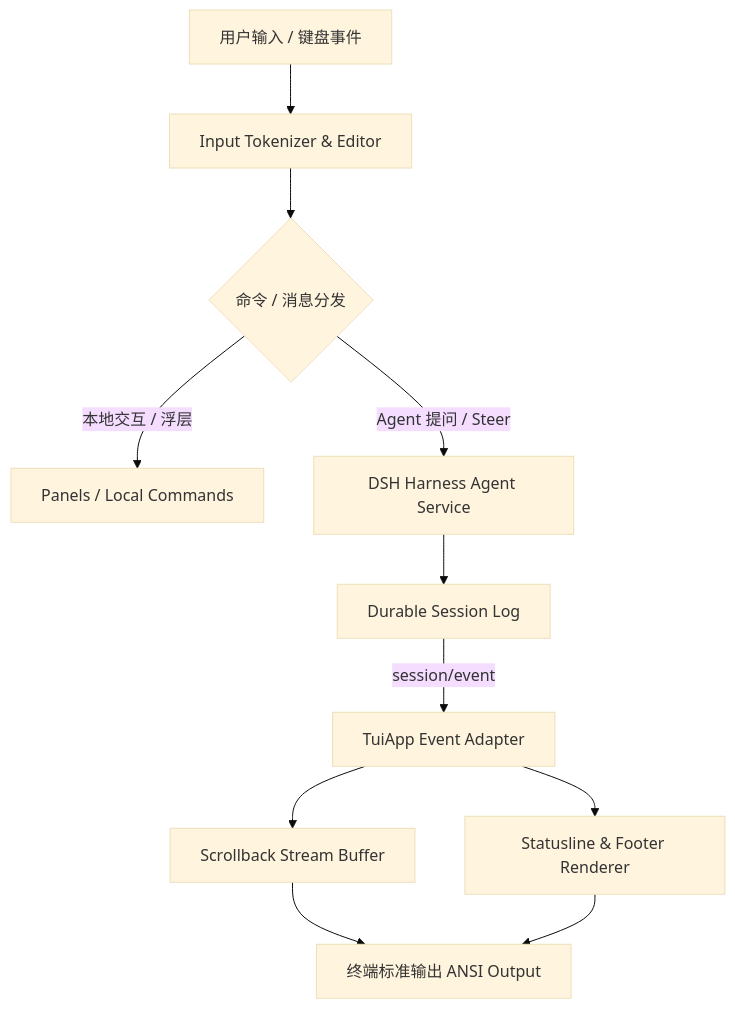
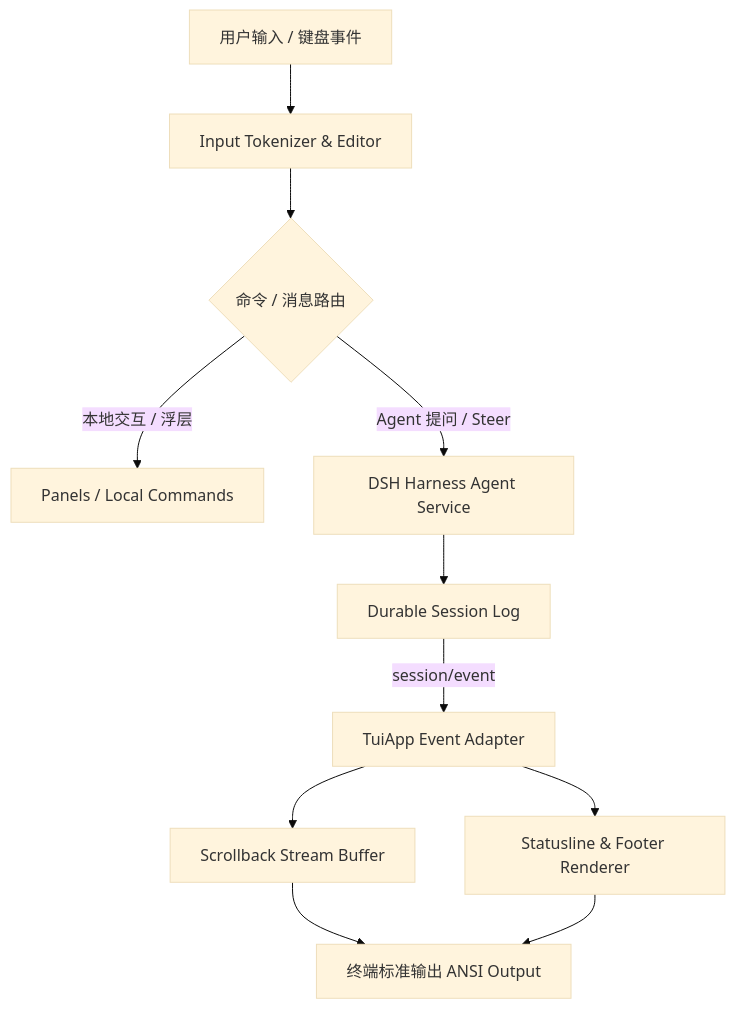
Before and after one commit to ipromise2021/dsh-omc-tui: the diagram in PRODUCT_SHOWCASE.md, drawn with Mermaid (base theme). The commit also changed other lines of this file and 12 other files, not shown here.

````diff
--- a/PRODUCT_SHOWCASE.md
+++ b/PRODUCT_SHOWCASE.md
@@ -92,13 +196,13 @@
 ```mermaid
 graph TD
     A[用户输入 / 键盘事件] --> B[Input Tokenizer & Editor]
-    B --> C{命令 / 消息分发}
+    B --> C{命令 / 消息路由}
     C -->|本地交互 / 浮层| D[Panels / Local Commands]
     C -->|Agent 提问 / Steer| E[DSH Harness Agent Service]
     E --> F[Durable Session Log]
     F -->|session/event| G[TuiApp Event Adapter]
     G --> H[Scrollback Stream Buffer]
     G --> I[Statusline & Footer Renderer]
     H --> J[终端标准输出 ANSI Output]
     I --> J
 ```
````
